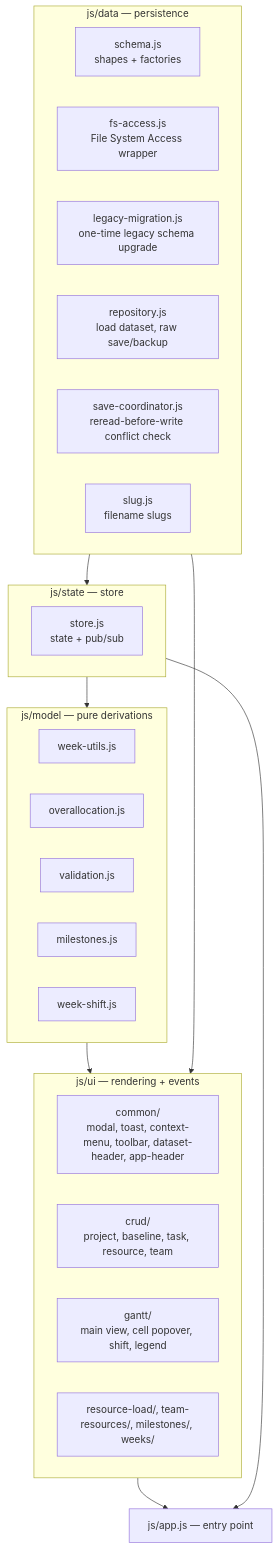
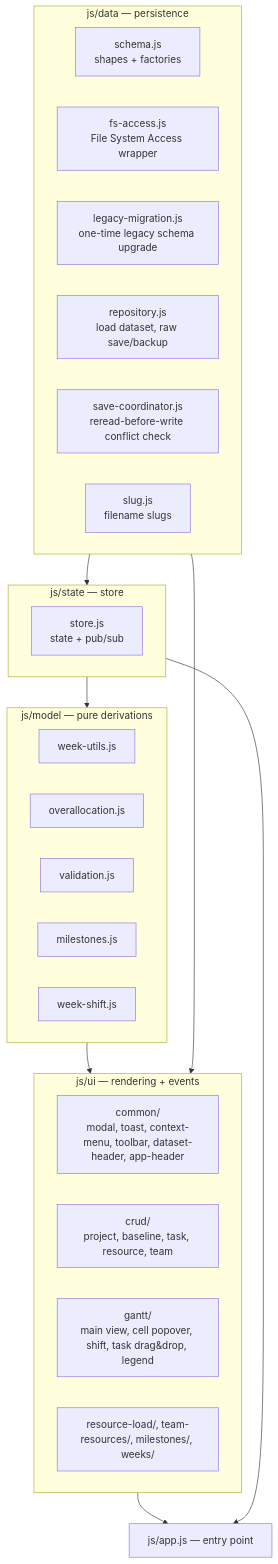
Before and after one commit to alexscarcella/Weavo: the first of 2 diagrams in docs/architecture.md, drawn with Mermaid. The commit also changed 9 other files, not shown here.

Commit message:
Add task drag&drop, including moves across baselines of a project; bump version to v1.2.0

````diff
--- a/docs/architecture.md
+++ b/docs/architecture.md
@@ -31,35 +31,35 @@
 ```mermaid
 flowchart TB
     subgraph data["js/data — persistence"]
         schema["schema.js\nshapes + factories"]
         fsaccess["fs-access.js\nFile System Access wrapper"]
         legacymig["legacy-migration.js\none-time legacy schema upgrade"]
         repository["repository.js\nload dataset, raw save/backup"]
         savecoord["save-coordinator.js\nreread-before-write conflict check"]
         slug["slug.js\nfilename slugs"]
     end
     subgraph state["js/state — store"]
         store["store.js\nstate + pub/sub"]
     end
     subgraph model["js/model — pure derivations"]
         weekutils["week-utils.js"]
         overalloc["overallocation.js"]
         validation["validation.js"]
         milestones["milestones.js"]
         weekshift["week-shift.js"]
     end
     subgraph ui["js/ui — rendering + events"]
         common["common/\nmodal, toast, context-menu, toolbar, dataset-header, app-header"]
         crud["crud/\nproject, baseline, task, resource, team"]
-        gantt["gantt/\nmain view, cell popover, shift, legend"]
+        gantt["gantt/\nmain view, cell popover, shift, task drag&amp;drop, legend"]
         other["resource-load/, team-resources/, milestones/, weeks/"]
     end
     app["js/app.js — entry point"]
 
     data --> state
     state --> model
     model --> ui
     data --> ui
     ui --> app
     state --> app
 ```
````
